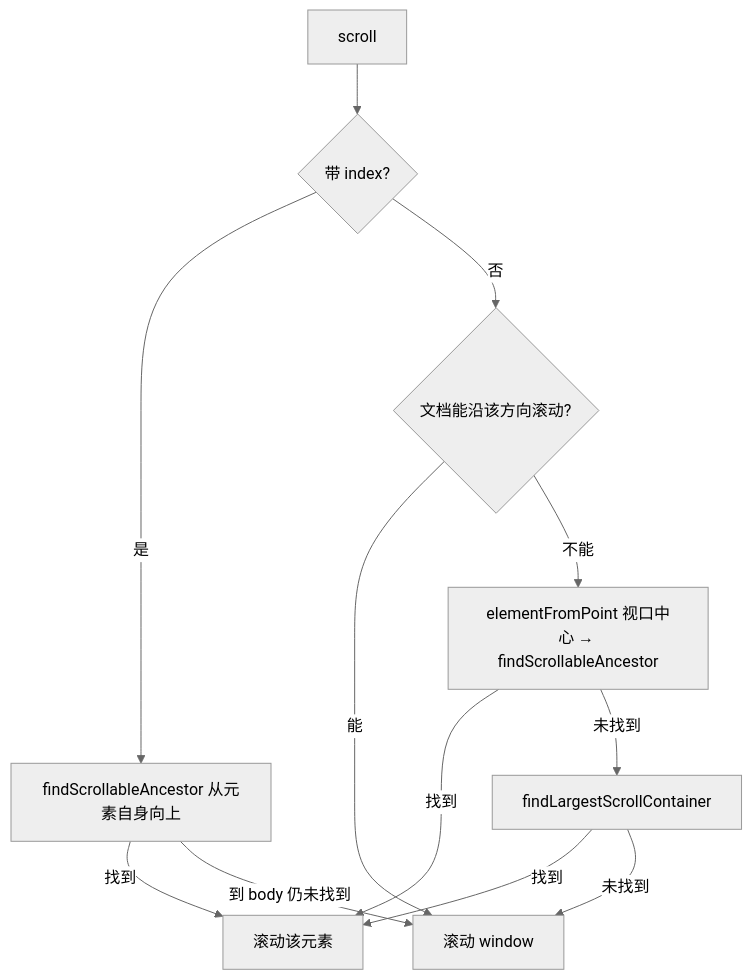
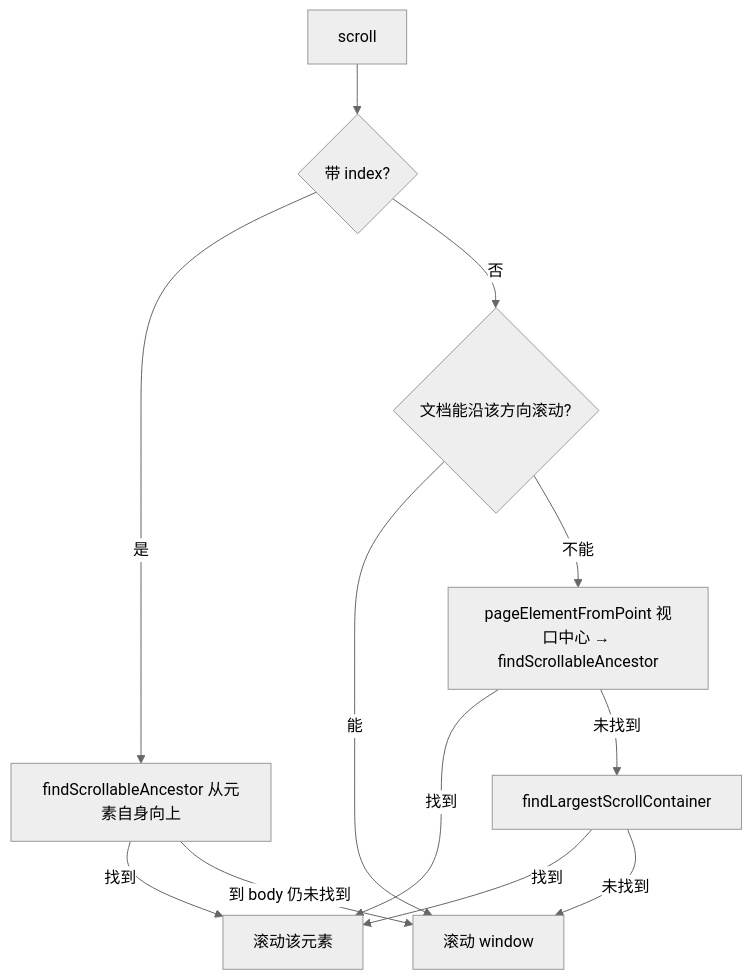
One commit to opentiny/webmcp-sdk changed the diagram in packages/next-sdk/specs/REQ-20261126-scroll-inner-container/design.md. Above: the diagram before and after it, drawn with Mermaid (neutral theme). The commit also changed other lines of this file and 4 other files, not shown here.

````diff
--- a/packages/next-sdk/specs/REQ-20261126-scroll-inner-container/design.md
+++ b/packages/next-sdk/specs/REQ-20261126-scroll-inner-container/design.md
@@ -7,14 +7,14 @@
 ```mermaid
 flowchart TD
   A[scroll] --> B{带 index?}
   B -->|是| C[findScrollableAncestor 从元素自身向上]
   C -->|找到| D[滚动该元素]
   C -->|到 body 仍未找到| W[滚动 window]
   B -->|否| E{文档能沿该方向滚动?}
   E -->|能| W
-  E -->|不能| F[elementFromPoint 视口中心 → findScrollableAncestor]
+  E -->|不能| F[pageElementFromPoint 视口中心 → findScrollableAncestor]
   F -->|找到| D
   F -->|未找到| G[findLargestScrollContainer]
   G -->|找到| D
   G -->|未找到| W
 ```
````
